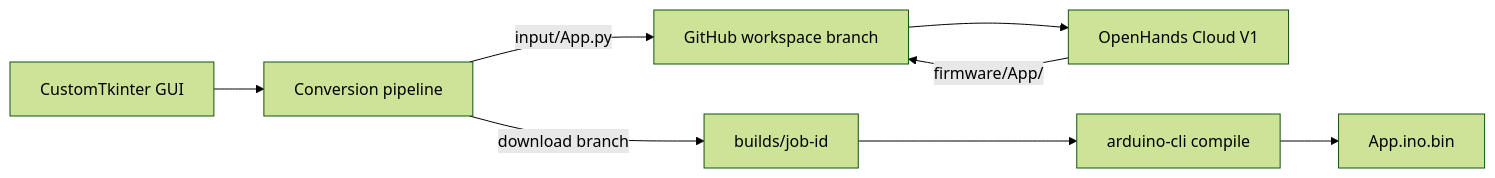
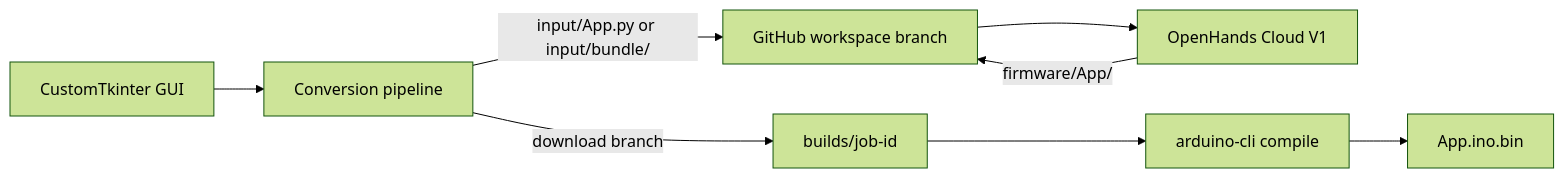
The diagram in README.md (ITDUDE207/PY2cardputer-app), drawn with Mermaid (forest theme) before and after one commit. The commit also changed other lines of this file and 25 other files, not shown here.

````diff
--- a/README.md
+++ b/README.md
@@ -18,10 +18,10 @@
 ```mermaid
 flowchart LR
     A[CustomTkinter GUI] --> B[Conversion pipeline]
-    B -->|input/App.py| C[GitHub workspace branch]
+    B -->|input/App.py or input/bundle/| C[GitHub workspace branch]
     C --> D[OpenHands Cloud V1]
     D -->|firmware/App/| C
     B -->|download branch| E[builds/job-id]
     E --> F[arduino-cli compile]
     F --> G[App.ino.bin]
 ```
````
